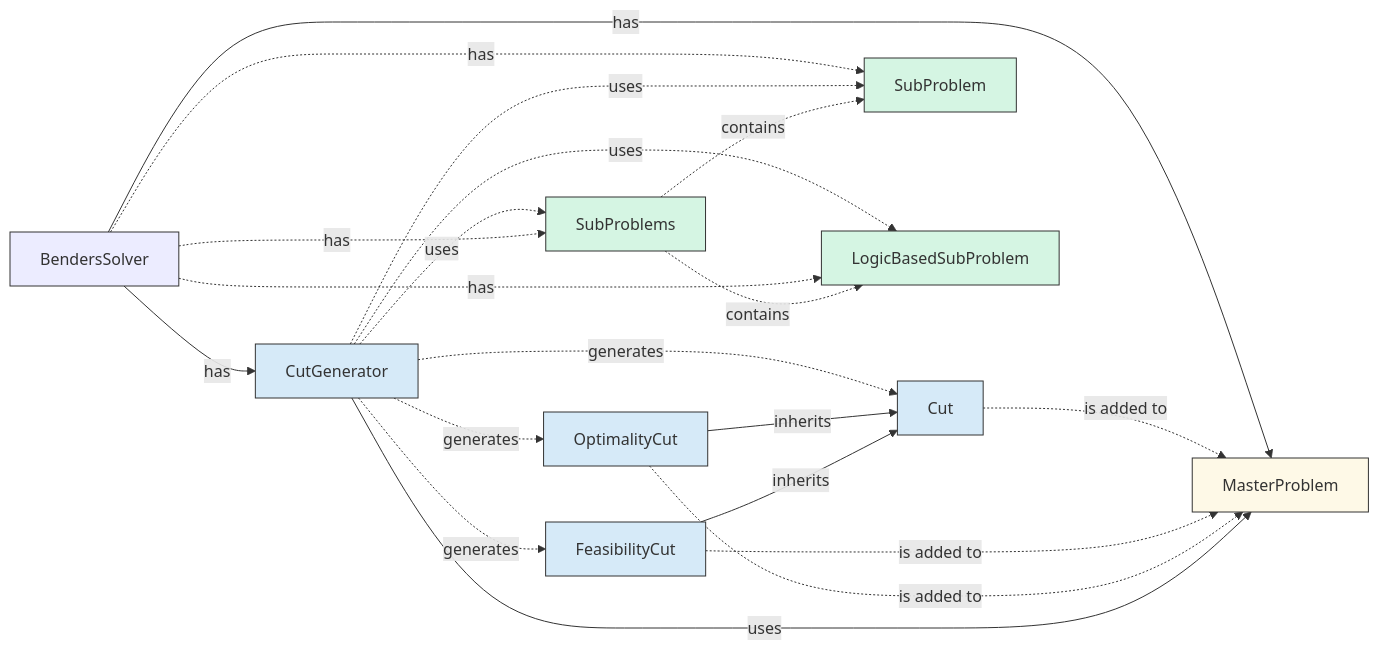
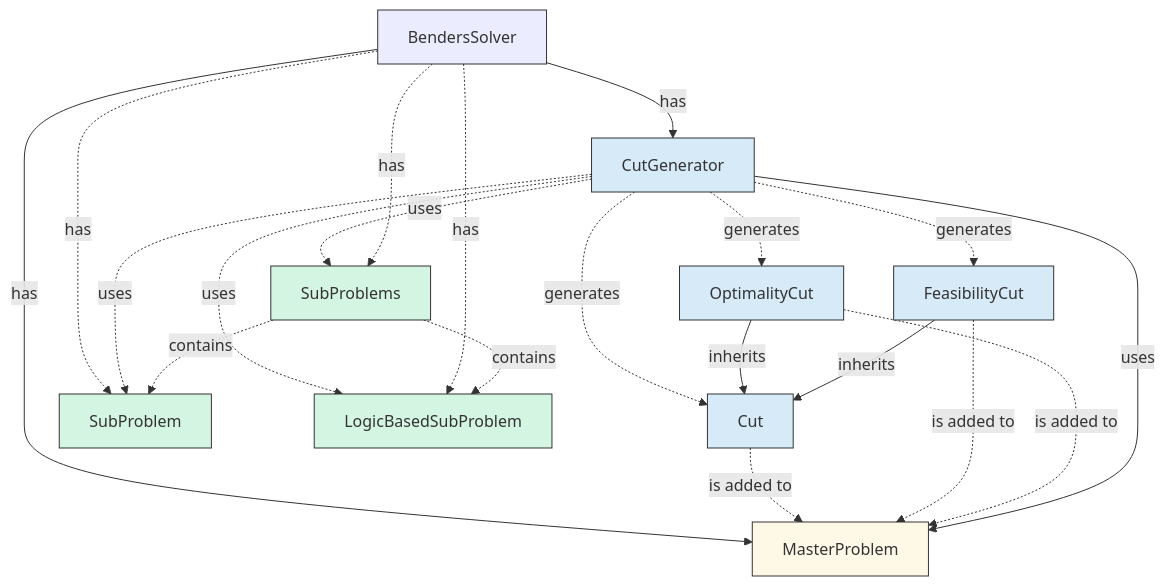
The diagram in docs/source/api/index.rst (sharabhshukla/BendersLib), drawn with Mermaid before and after one commit. The commit also changed 7 other files, not shown here.

```diff
--- a/docs/source/api/index.rst
+++ b/docs/source/api/index.rst
@@ -12,38 +12,38 @@
 .. mermaid::
     :caption: BendersLib Core Classes
     :align: center
 
-    flowchart LR
+    flowchart TB
 
     style Cut fill:#D6EAF8,stroke:#333,stroke-width:1px
     style OptimalityCut fill:#D6EAF8,stroke:#333,stroke-width:1px
     style FeasibilityCut fill:#D6EAF8,stroke:#333,stroke-width:1px
     style CutGenerator fill:#D6EAF8,stroke:#333,stroke-width:1px
 
     style SubProblem fill:#D5F5E3,stroke:#333,stroke-width:1px
     style SubProblems fill:#D5F5E3,stroke:#333,stroke-width:1px
     style LogicBasedSubProblem fill:#D5F5E3,stroke:#333,stroke-width:1px
 
     style MasterProblem fill:#FEF9E7,stroke:#333,stroke-width:1px
     style BendersSolver stroke:#333,stroke-width:1px
 
     BendersSolver -- "has" --> MasterProblem
     BendersSolver -. "has" .-> SubProblem
     BendersSolver -- "has" --> CutGenerator
     Cut -. "is added to" .-> MasterProblem
     FeasibilityCut -. "is added to" .-> MasterProblem
     OptimalityCut -. "is added to" .-> MasterProblem
     CutGenerator -. "generates" .-> Cut
     CutGenerator -. "generates" .-> OptimalityCut
     CutGenerator -. "generates" .-> FeasibilityCut
     CutGenerator -. "uses" .-> SubProblem
     CutGenerator -. "uses" .-> SubProblems
     CutGenerator -. "uses" .-> LogicBasedSubProblem
     CutGenerator -- "uses" --> MasterProblem
     OptimalityCut -- "inherits" --> Cut
     FeasibilityCut -- "inherits" --> Cut
 
     BendersSolver -. "has" .-> SubProblems
     BendersSolver -. "has" .-> LogicBasedSubProblem
     SubProblems -. "contains" .-> SubProblem
     SubProblems -. "contains" .-> LogicBasedSubProblem
```
